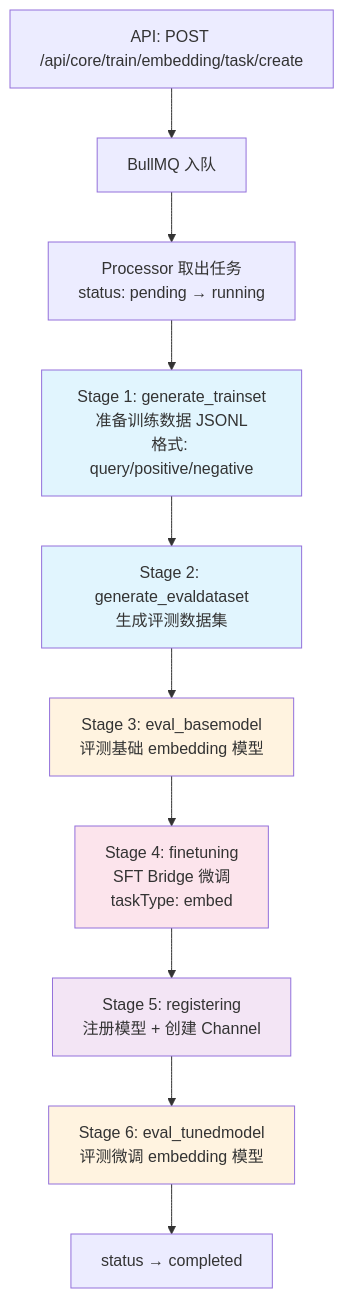
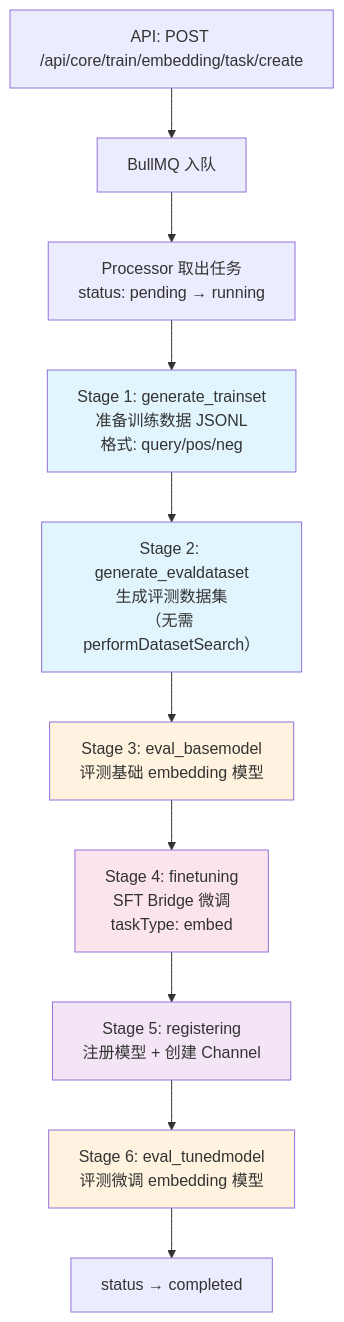
Before and after one commit to labring/FastGPT: the second of 5 diagrams in .claude/design/embedding-training-architecture.md, drawn with Mermaid. The commit also changed other lines of this file and 138 other files, not shown here.

````diff
--- a/.claude/design/embedding-training-architecture.md
+++ b/.claude/design/embedding-training-architecture.md
@@ -102,21 +104,21 @@
 ```mermaid
 flowchart TD
     API["API: POST /api/core/train/embedding/task/create"] --> Q["BullMQ 入队"]
     Q --> P["Processor 取出任务<br/>status: pending → running"]
 
-    P --> S1["Stage 1: generate_trainset<br/>准备训练数据 JSONL<br/>格式: query/positive/negative"]
-    S1 --> S2["Stage 2: generate_evaldataset<br/>生成评测数据集"]
+    P --> S1["Stage 1: generate_trainset<br/>准备训练数据 JSONL<br/>格式: query/pos/neg"]
+    S1 --> S2["Stage 2: generate_evaldataset<br/>生成评测数据集<br/>（无需 performDatasetSearch）"]
     S2 --> S3["Stage 3: eval_basemodel<br/>评测基础 embedding 模型"]
     S3 --> S4["Stage 4: finetuning<br/>SFT Bridge 微调<br/>taskType: embed"]
     S4 --> S5["Stage 5: registering<br/>注册模型 + 创建 Channel"]
     S5 --> S6["Stage 6: eval_tunedmodel<br/>评测微调 embedding 模型"]
 
     S6 --> Done["status → completed"]
 
     style S1 fill:#e1f5fe
     style S2 fill:#e1f5fe
     style S3 fill:#fff3e0
     style S4 fill:#fce4ec
     style S5 fill:#f3e5f5
     style S6 fill:#fff3e0
 ```
````
